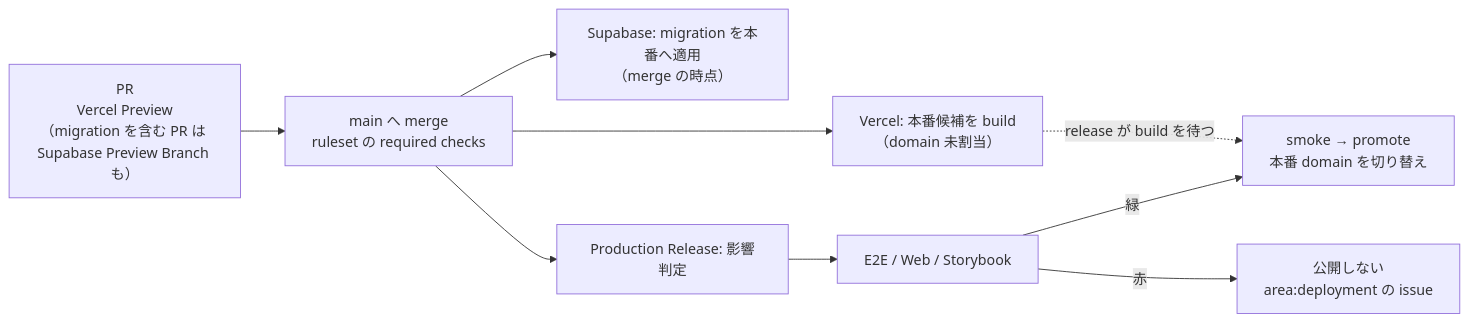
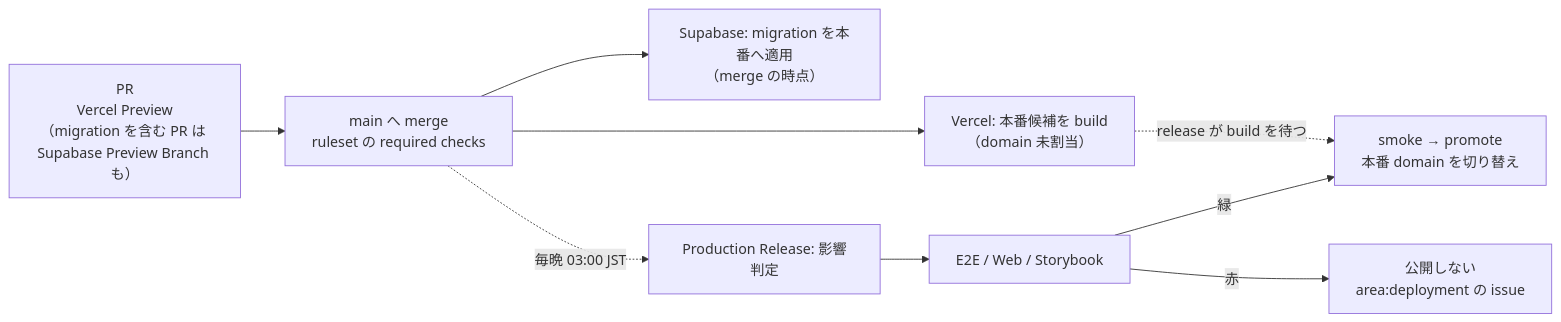
One commit to Dayopt/dayopt changed the diagram in docs/learn/09-deployment.md. Above: the diagram before and after it, drawn with Mermaid. The commit also changed other lines of this file and 10 other files, not shown here.

````diff
--- a/docs/learn/09-deployment.md
+++ b/docs/learn/09-deployment.md
@@ -18,10 +18,10 @@
 ```mermaid
 flowchart LR
   PR["PR<br/>Vercel Preview（migration を含む PR は Supabase Preview Branch も）"] --> M["main へ merge<br/>ruleset の required checks"]
   M --> MIG["Supabase: migration を本番へ適用<br/>（merge の時点）"]
   M --> B["Vercel: 本番候補を build<br/>（domain 未割当）"]
-  M --> I["Production Release: 影響判定"] --> L3["E2E / Web / Storybook"]
+  M -.->|"毎晩 03:00 JST"| I["Production Release: 影響判定"] --> L3["E2E / Web / Storybook"]
   B -.->|"release が build を待つ"| P
   L3 -->|"緑"| P["smoke → promote<br/>本番 domain を切り替え"]
   L3 -->|"赤"| X["公開しない<br/>area:deployment の issue"]
 ```
````
